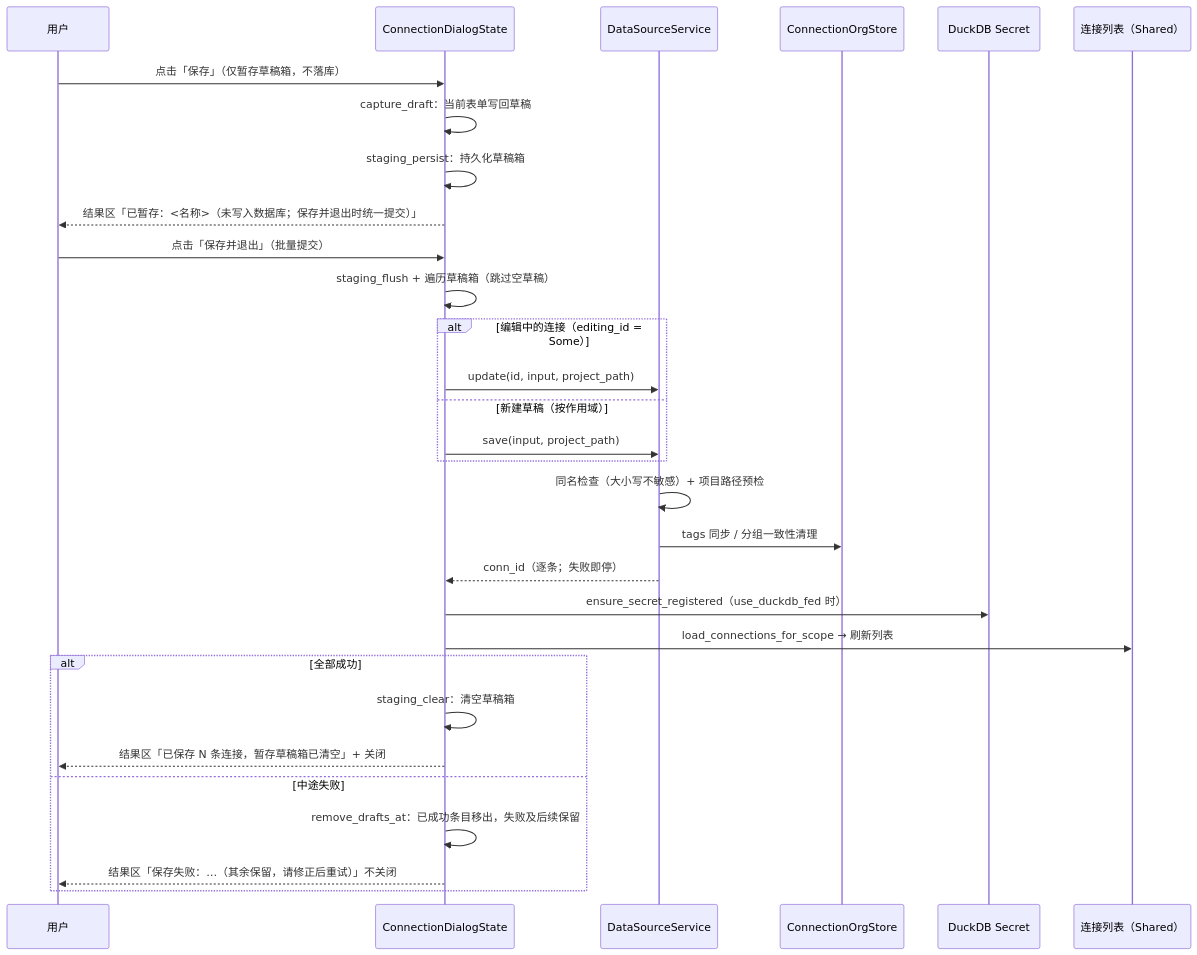
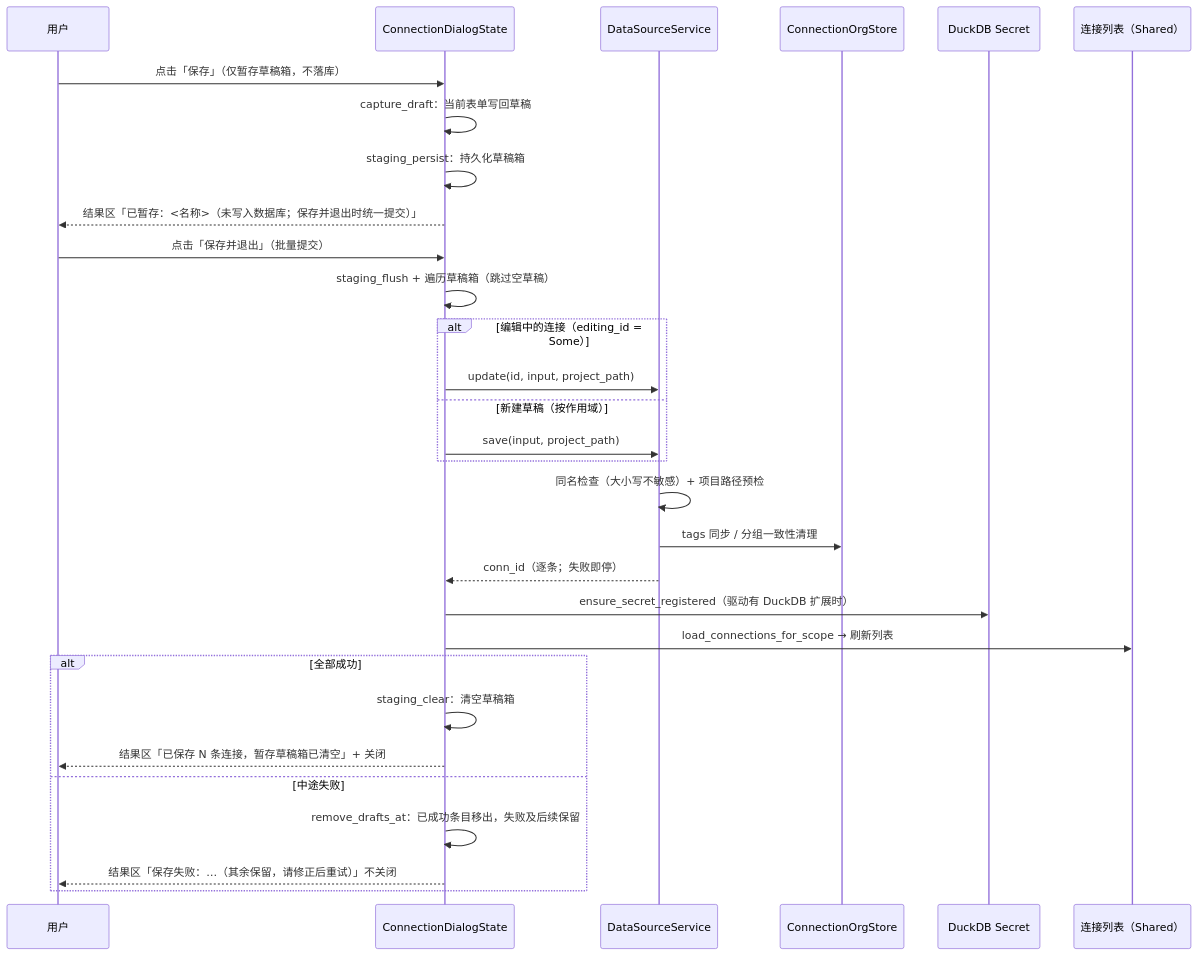
The fourth of 8 diagrams in docs/architecture/connection/connection-dialog-architecture.md (ling-love-xin/RdataStation-v2), drawn with Mermaid before and after one commit. The commit also changed other lines of this file and 11 other files, not shown here.

First line of the commit message:
docs: 按 K4c 代码订正 use_duckdb_fed 相关口径

````diff
--- a/docs/architecture/connection/connection-dialog-architecture.md
+++ b/docs/architecture/connection/connection-dialog-architecture.md
@@ -263,32 +263,32 @@
 ```mermaid
 sequenceDiagram
     participant U as 用户
     participant D as ConnectionDialogState
     participant S as DataSourceService
     participant O as ConnectionOrgStore
     participant K as DuckDB Secret
     participant L as 连接列表（Shared）
     U->>D: 点击「保存」（仅暂存草稿箱，不落库）
     D->>D: capture_draft：当前表单写回草稿
     D->>D: staging_persist：持久化草稿箱
     D-->>U: 结果区「已暂存：<名称>（未写入数据库；保存并退出时统一提交）」
     U->>D: 点击「保存并退出」（批量提交）
     D->>D: staging_flush + 遍历草稿箱（跳过空草稿）
     alt 编辑中的连接（editing_id = Some）
         D->>S: update(id, input, project_path)
     else 新建草稿（按作用域）
         D->>S: save(input, project_path)
     end
     S->>S: 同名检查（大小写不敏感）+ 项目路径预检
     S->>O: tags 同步 / 分组一致性清理
     S-->>D: conn_id（逐条；失败即停）
-    D->>K: ensure_secret_registered（use_duckdb_fed 时）
+    D->>K: ensure_secret_registered（驱动有 DuckDB 扩展时）
     D->>L: load_connections_for_scope → 刷新列表
     alt 全部成功
         D->>D: staging_clear：清空草稿箱
         D-->>U: 结果区「已保存 N 条连接，暂存草稿箱已清空」+ 关闭
     else 中途失败
         D->>D: remove_drafts_at：已成功条目移出，失败及后续保留
         D-->>U: 结果区「保存失败：…（其余保留，请修正后重试）」不关闭
     end
 ```
````
